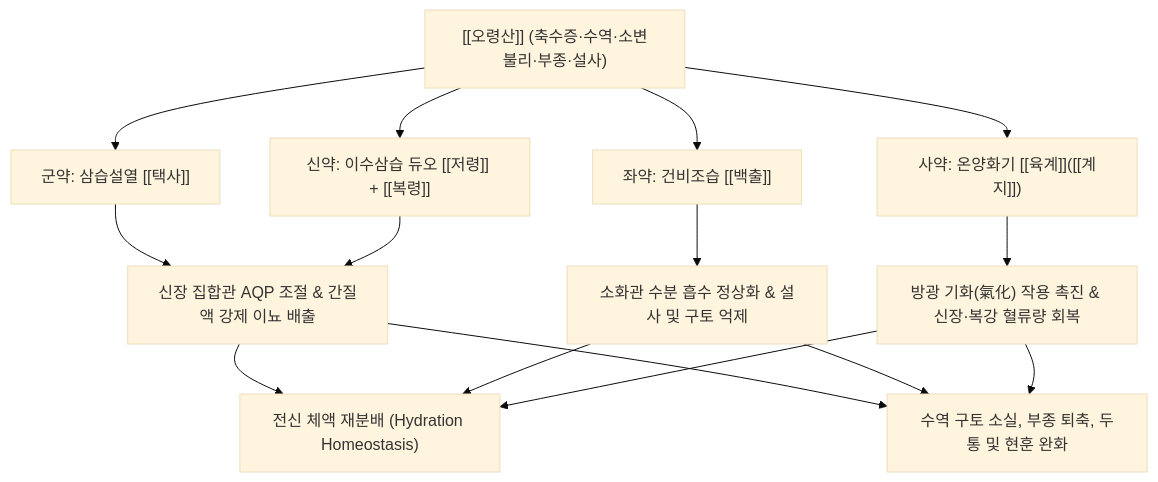
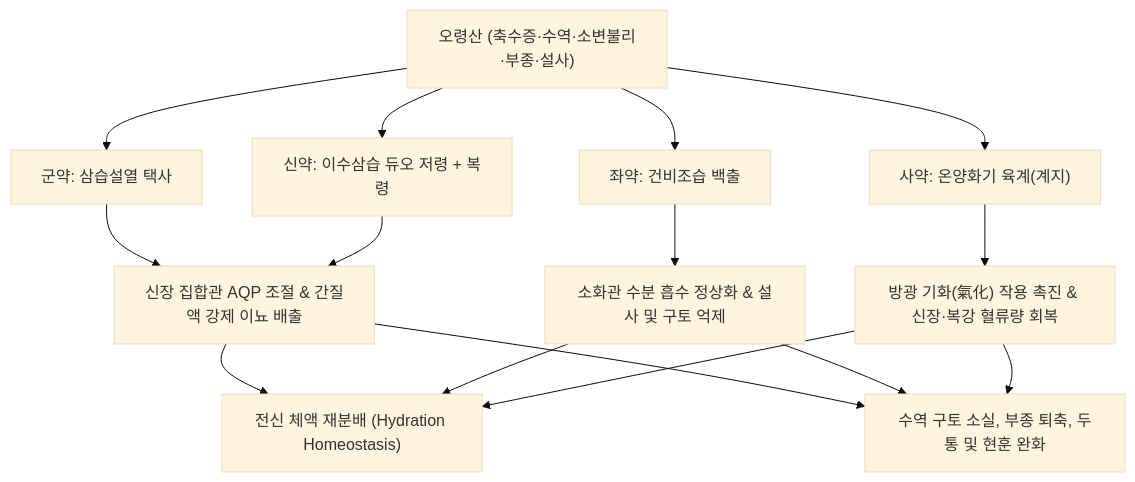
One commit to simbio11/simbio-digital-garden2 changed the diagram in content/2. 약리 공부/처방/03_화담·거습·이수제/오령산.md. Above: the diagram before and after it, drawn with Mermaid (base theme). The commit also changed other lines of this file and 323 other files, not shown here.

````diff
--- a/content/2. 약리 공부/처방/03_화담·거습·이수제/오령산.md
+++ b/content/2. 약리 공부/처방/03_화담·거습·이수제/오령산.md
@@ -53,14 +53,14 @@
 ```mermaid
 graph TD
-    A["[[오령산]] (축수증·수역·소변불리·부종·설사)"] --> B["군약: 삼습설열 [[택사]]"]
-    A --> C["신약: 이수삼습 듀오 [[저령]] + [[복령]]"]
-    A --> D["좌약: 건비조습 [[백출]]"]
-    A --> E["사약: 온양화기 [[육계]]([[계지]])"]
+    A["오령산 (축수증·수역·소변불리·부종·설사)"] --> B["군약: 삼습설열 택사"]
+    A --> C["신약: 이수삼습 듀오 저령 + 복령"]
+    A --> D["좌약: 건비조습 백출"]
+    A --> E["사약: 온양화기 육계(계지)"]
 
     B & C --> F["신장 집합관 AQP 조절 & 간질액 강제 이뇨 배출"]
     D --> G["소화관 수분 흡수 정상화 & 설사 및 구토 억제"]
     E --> H["방광 기화(氣化) 작용 촉진 & 신장·복강 혈류량 회복"]
 
     F & G & H --> I["전신 체액 재분배 (Hydration Homeostasis)"]
     F & G & H --> J["수역 구토 소실, 부종 퇴축, 두통 및 현훈 완화"]
 ```
````
